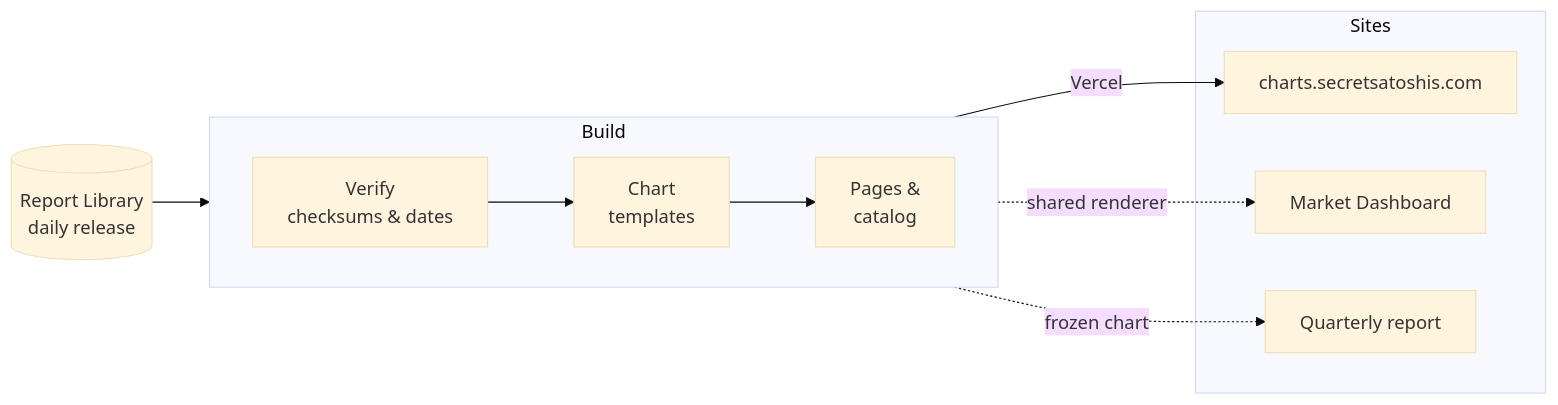
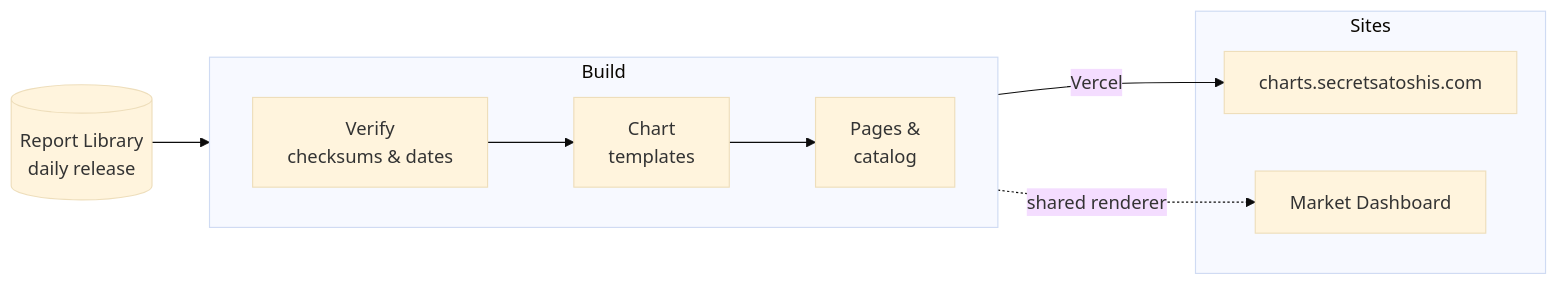
Before and after one commit to SecretSatoshis/Bitcoin-Chart-Library: the diagram in readme.md, drawn with Mermaid (base theme).

Commit message:
Keep the README diagram to the public sites

````diff
--- a/readme.md
+++ b/readme.md
@@ -32,20 +32,18 @@
 ```mermaid
 flowchart LR
     R[("Report Library<br/>daily release")]
 
     subgraph Build
         direction LR
         V["Verify<br/>checksums & dates"] --> T["Chart<br/>templates"] --> P["Pages &<br/>catalog"]
     end
 
     subgraph Sites
         C["charts.secretsatoshis.com"]
         D["Market Dashboard"]
-        N["Quarterly report"]
     end
 
     R --> V
     P -->|Vercel| C
     P -.->|shared renderer| D
-    P -.->|frozen chart| N
 ```
````
